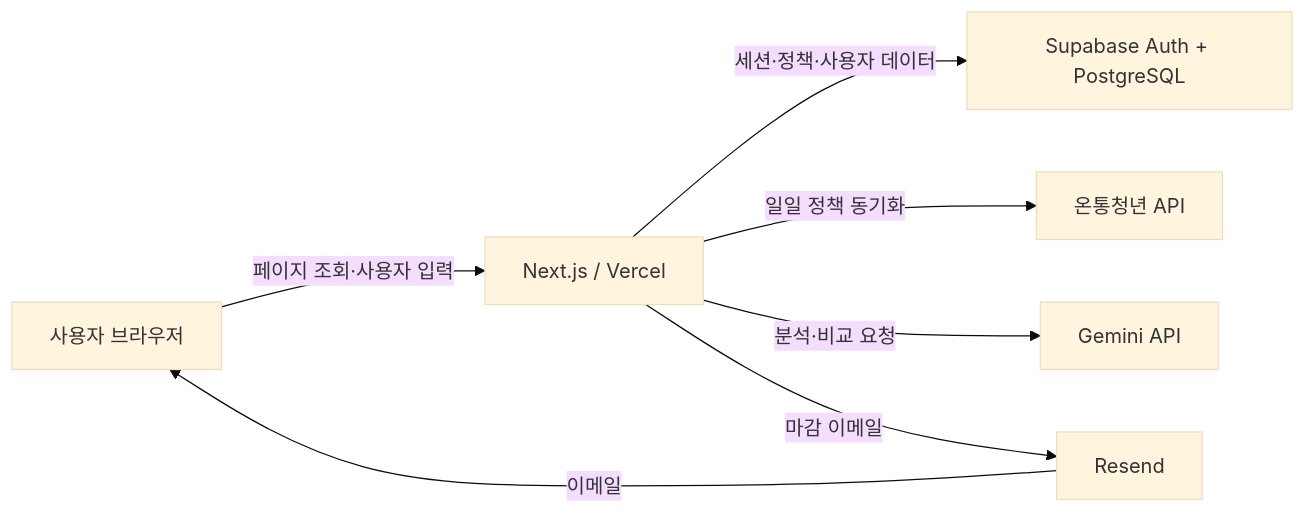
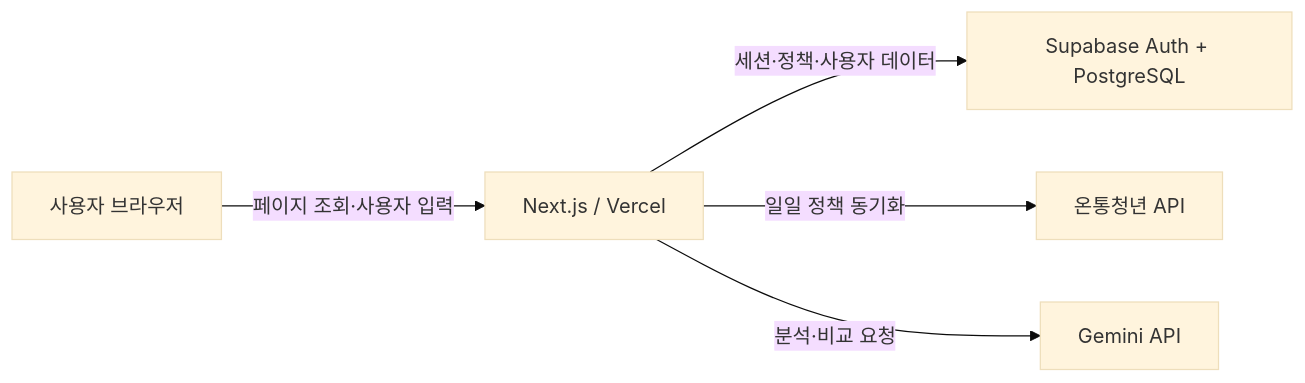
One commit to noohsss/chaengim changed the first of 4 diagrams in docs/ARCHITECTURE.md. Above: the diagram before and after it, drawn with Mermaid (base theme). The commit also changed other lines of this file and 2 other files, not shown here.

Commit message:
docs: 이메일 알림을 후속 범위로 정리

````diff
--- a/docs/ARCHITECTURE.md
+++ b/docs/ARCHITECTURE.md
@@ -11,16 +11,13 @@
 ```mermaid
 flowchart LR
     U["사용자 브라우저"]
     N["Next.js / Vercel"]
     S["Supabase Auth + PostgreSQL"]
     Y["온통청년 API"]
     A["Gemini API"]
-    R["Resend"]
 
     U -->|"페이지 조회·사용자 입력"| N
     N -->|"세션·정책·사용자 데이터"| S
     N -->|"일일 정책 동기화"| Y
     N -->|"분석·비교 요청"| A
-    N -->|"마감 이메일"| R
-    R -->|"이메일"| U
 ```
````
